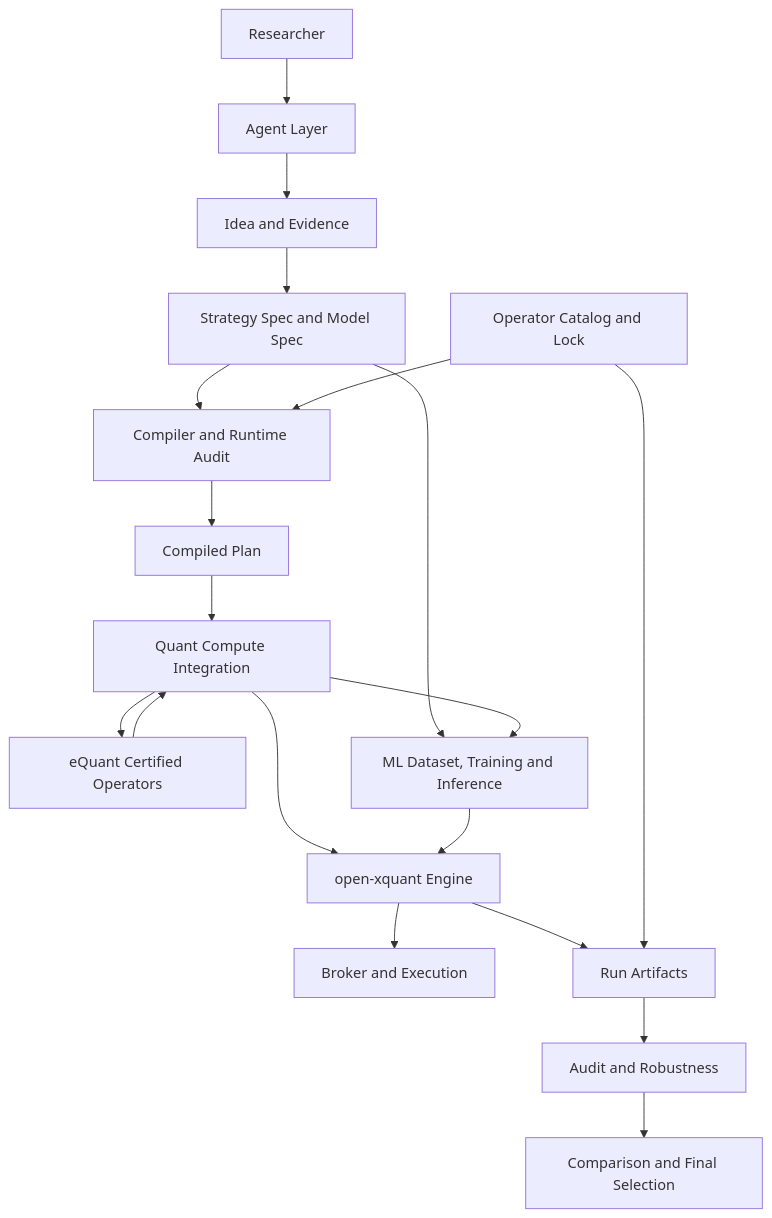
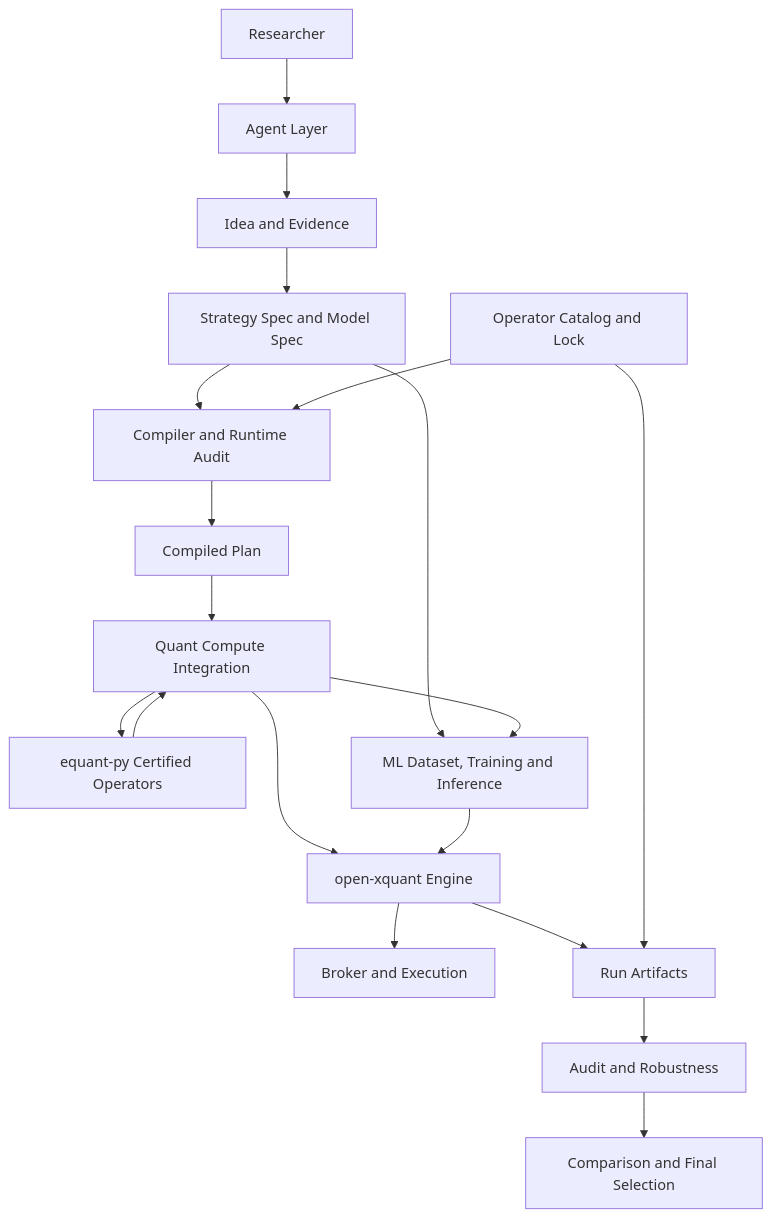
The diagram in docs/architecture.md (xingwudao/open-xquant), drawn with Mermaid before and after one commit. The commit also changed other lines of this file and 21 other files, not shown here.

First line of the commit message:
Support certified equant-py runtime artifacts (#75)

````diff
--- a/docs/architecture.md
+++ b/docs/architecture.md
@@ -1107,27 +1107,27 @@
 ```mermaid
 flowchart TB
     U[Researcher] --> A[Agent Layer]
     A --> I[Idea and Evidence]
     I --> S[Strategy Spec and Model Spec]
 
     S --> C[Compiler and Runtime Audit]
     C --> P[Compiled Plan]
 
     P --> Q[Quant Compute Integration]
-    Q --> E[eQuant Certified Operators]
+    Q --> E[equant-py Certified Operators]
     E --> Q
 
     Q --> R[open-xquant Engine]
     R --> B[Broker and Execution]
     R --> O[Run Artifacts]
 
     O --> G[Audit and Robustness]
     G --> M[Comparison and Final Selection]
 
     S --> ML[ML Dataset, Training and Inference]
     Q --> ML
     ML --> R
 
     K[Operator Catalog and Lock] --> C
     K --> O
 ```
````
